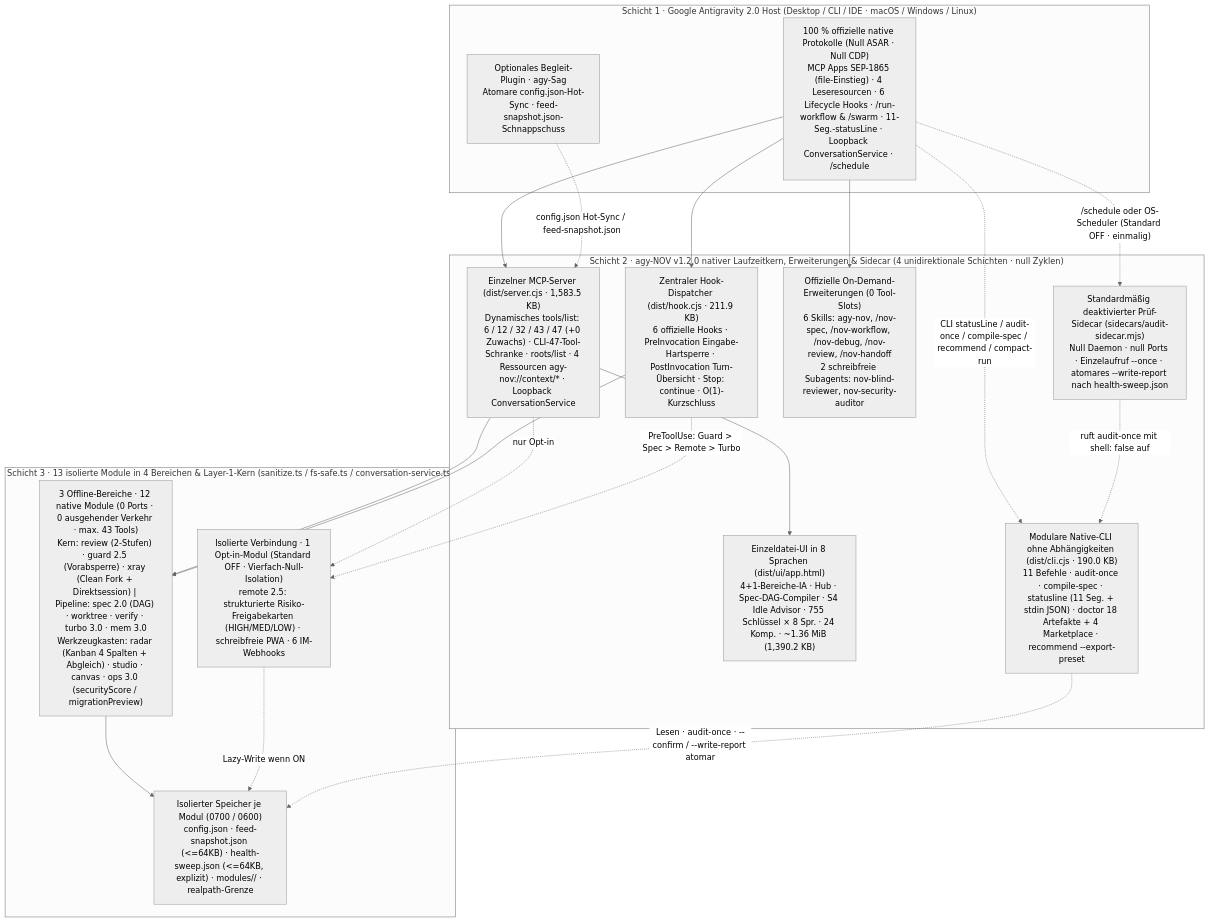
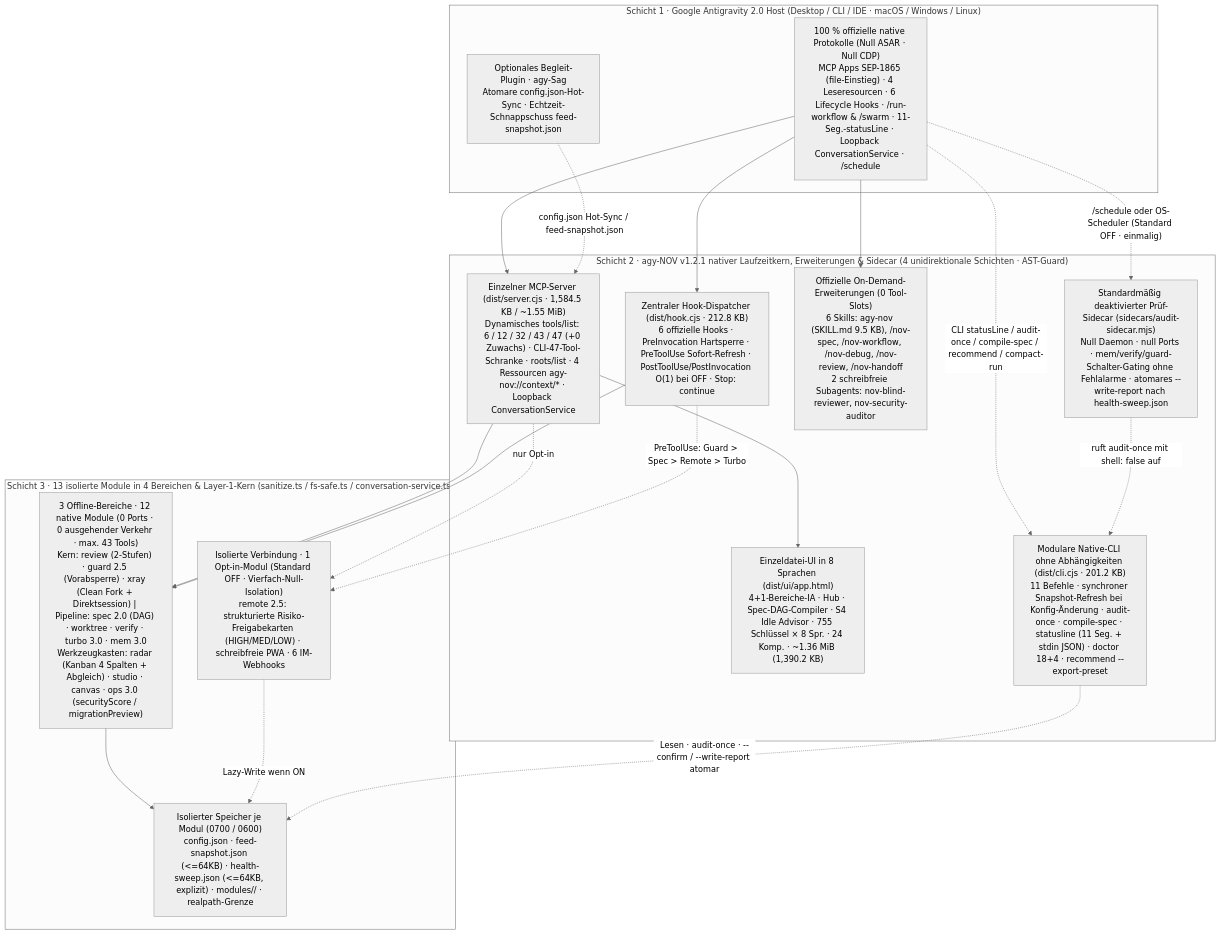
One commit to tone-leh/agy-NOV changed the diagram in docs/i18n/README.de.md. Above: the diagram before and after it, drawn with Mermaid (neutral theme). The commit also changed other lines of this file and 34 other files, not shown here.

Commit message:
fix(v1.2.1): dual-star feed consistency, disabled-module write gates, sidecar toggles & SKILL slimming

````diff
--- a/docs/i18n/README.de.md
+++ b/docs/i18n/README.de.md
@@ -262,38 +270,38 @@
 ```mermaid
 flowchart TB
   subgraph L1["Schicht 1 · Google Antigravity 2.0 Host (Desktop / CLI / IDE · macOS / Windows / Linux)"]
     Host["100 % offizielle native Protokolle (Null ASAR · Null CDP)\nMCP Apps SEP-1865 (file-Einstieg) · 4 Leseresourcen · 6 Lifecycle Hooks · /run-workflow & /swarm · 11-Seg.-statusLine · Loopback ConversationService · /schedule"]
-    Sag["Optionales Begleit-Plugin · agy-Sag\nAtomare config.json-Hot-Sync · feed-snapshot.json-Schnappschuss"]
+    Sag["Optionales Begleit-Plugin · agy-Sag\nAtomare config.json-Hot-Sync · Echtzeit-Schnappschuss feed-snapshot.json"]
   end
 
-  subgraph L2["Schicht 2 · agy-NOV v1.2.0 nativer Laufzeitkern, Erweiterungen & Sidecar (4 unidirektionale Schichten · null Zyklen)"]
-    MCP["Einzelner MCP-Server (dist/server.cjs · 1,583.5 KB)\nDynamisches tools/list: 6 / 12 / 32 / 43 / 47 (+0 Zuwachs) · CLI-47-Tool-Schranke · roots/list · 4 Ressourcen agy-nov://context/* · Loopback ConversationService"]
-    Hook["Zentraler Hook-Dispatcher (dist/hook.cjs · 211.9 KB)\n6 offizielle Hooks · PreInvocation Eingabe-Hartsperre · PostInvocation Turn-Übersicht · Stop: continue · O(1)-Kurzschluss"]
+  subgraph L2["Schicht 2 · agy-NOV v1.2.1 nativer Laufzeitkern, Erweiterungen & Sidecar (4 unidirektionale Schichten · AST-Guard)"]
+    MCP["Einzelner MCP-Server (dist/server.cjs · 1,584.5 KB / ~1.55 MiB)\nDynamisches tools/list: 6 / 12 / 32 / 43 / 47 (+0 Zuwachs) · CLI-47-Tool-Schranke · roots/list · 4 Ressourcen agy-nov://context/* · Loopback ConversationService"]
+    Hook["Zentraler Hook-Dispatcher (dist/hook.cjs · 212.8 KB)\n6 offizielle Hooks · PreInvocation Hartsperre · PreToolUse Sofort-Refresh · PostToolUse/PostInvocation O(1) bei OFF · Stop: continue"]
     UI["Einzeldatei-UI in 8 Sprachen (dist/ui/app.html)\n4+1-Bereiche-IA · Hub · Spec-DAG-Compiler · S4 Idle Advisor · 755 Schlüssel × 8 Spr. · 24 Komp. · ~1.36 MiB (1,390.2 KB)"]
-    Ext["Offizielle On-Demand-Erweiterungen (0 Tool-Slots)\n6 Skills: agy-nov, /nov-spec, /nov-workflow, /nov-debug, /nov-review, /nov-handoff\n2 schreibfreie Subagents: nov-blind-reviewer, nov-security-auditor"]
-    CLI["Modulare Native-CLI ohne Abhängigkeiten (dist/cli.cjs · 190.0 KB)\n11 Befehle · audit-once · compile-spec · statusline (11 Seg. + stdin JSON) · doctor 18 Artefakte + 4 Marketplace · recommend --export-preset"]
-    Sidecar["Standardmäßig deaktivierter Prüf-Sidecar (sidecars/audit-sidecar.mjs)\nNull Daemon · null Ports · Einzelaufruf --once · atomares --write-report nach health-sweep.json"]
+    Ext["Offizielle On-Demand-Erweiterungen (0 Tool-Slots)\n6 Skills: agy-nov (SKILL.md 9.5 KB), /nov-spec, /nov-workflow, /nov-debug, /nov-review, /nov-handoff\n2 schreibfreie Subagents: nov-blind-reviewer, nov-security-auditor"]
+    CLI["Modulare Native-CLI ohne Abhängigkeiten (dist/cli.cjs · 201.2 KB)\n11 Befehle · synchroner Snapshot-Refresh bei Konfig-Änderung · audit-once · compile-spec · statusline (11 Seg. + stdin JSON) · doctor 18+4 · recommend --export-preset"]
+    Sidecar["Standardmäßig deaktivierter Prüf-Sidecar (sidecars/audit-sidecar.mjs)\nNull Daemon · null Ports · mem/verify/guard-Schalter-Gating ohne Fehlalarme · atomares --write-report nach health-sweep.json"]
   end
 
   subgraph L3["Schicht 3 · 13 isolierte Module in 4 Bereichen & Layer-1-Kern (sanitize.ts / fs-safe.ts / conversation-service.ts)"]
     T1["3 Offline-Bereiche · 12 native Module (0 Ports · 0 ausgehender Verkehr · max. 43 Tools)\nKern: review (2-Stufen) · guard 2.5 (Vorabsperre) · xray (Clean Fork + Direktsession) | Pipeline: spec 2.0 (DAG) · worktree · verify · turbo 3.0 · mem 3.0\nWerkzeugkasten: radar (Kanban 4 Spalten + Abgleich) · studio · canvas · ops 3.0 (securityScore / migrationPreview)"]
     T2R["Isolierte Verbindung · 1 Opt-in-Modul (Standard OFF · Vierfach-Null-Isolation)\nremote 2.5: strukturierte Risiko-Freigabekarten (HIGH/MED/LOW) · schreibfreie PWA · 6 IM-Webhooks"]
     Store["Isolierter Speicher je Modul (0700 / 0600)\nconfig.json · feed-snapshot.json (<=64KB) · health-sweep.json (<=64KB, explizit) · modules/<id>/ · realpath-Grenze"]
   end
 
   Host --> MCP
   Host --> Hook
   Host --> Ext
   Host -. "CLI statusLine / audit-once / compile-spec / recommend / compact-run" .-> CLI
   Host -. "/schedule oder OS-Scheduler (Standard OFF · einmalig)" .-> Sidecar
   Sidecar -. "ruft audit-once mit shell: false auf" .-> CLI
   Sag -. "config.json Hot-Sync / feed-snapshot.json" .-> MCP
   MCP --> UI
   MCP --> T1
   MCP -. "nur Opt-in" .-> T2R
   Hook --> T1
   Hook -. "PreToolUse: Guard > Spec > Remote > Turbo" .-> T2R
   T1 --> Store
   T2R -. "Lazy-Write wenn ON" .-> Store
   CLI -. "Lesen · audit-once · --confirm / --write-report atomar" .-> Store
 ```
````
